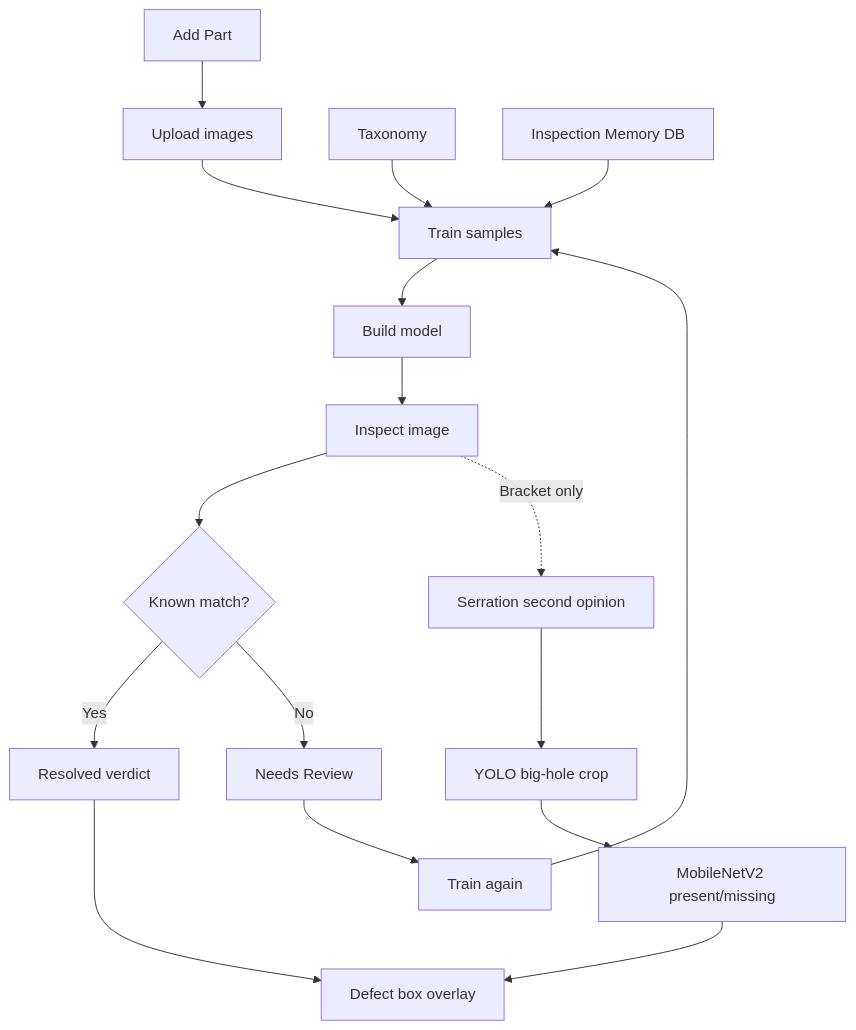
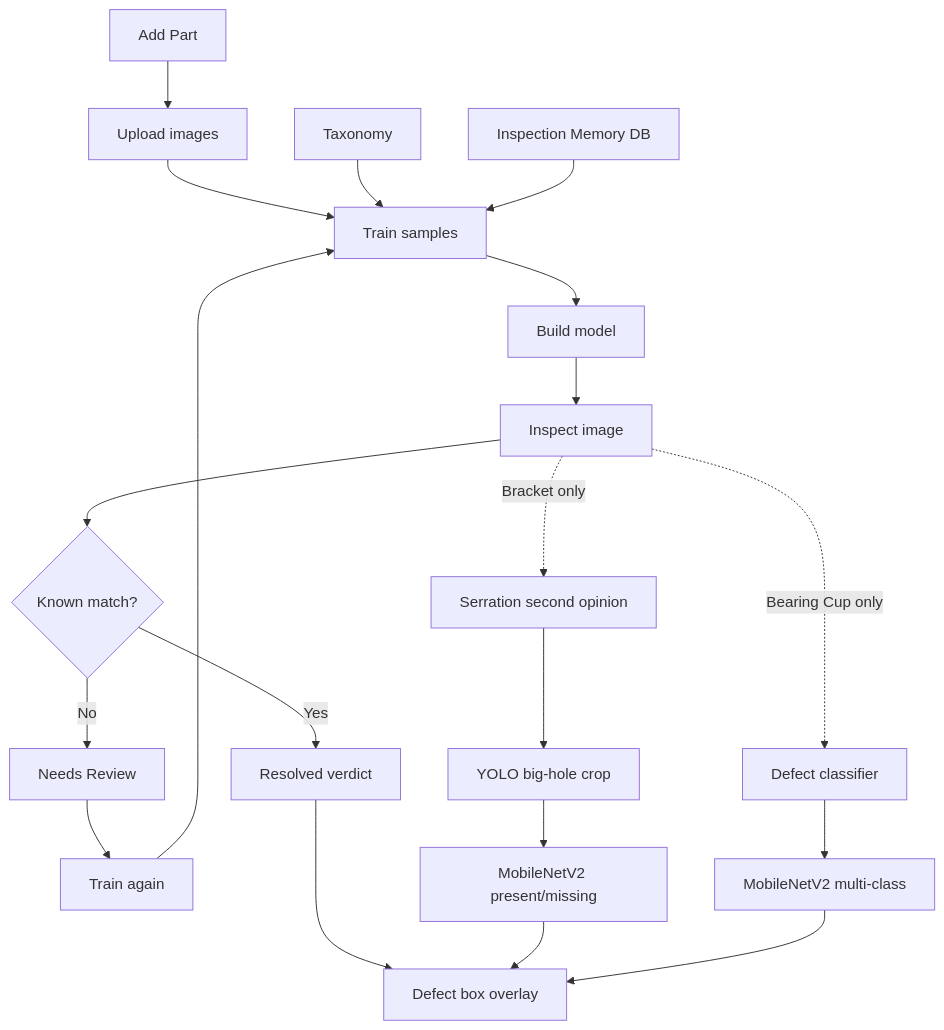
Before and after one commit to sdindiver/QMSInspector: the diagram in README.md, drawn with Mermaid. The commit also changed other lines of this file, not shown here.

````diff
--- a/README.md
+++ b/README.md
@@ -26,24 +26,28 @@
 ```mermaid
 flowchart TD
     A[Add Part] --> B[Upload images]
     B --> C[Train samples]
 
     K[Taxonomy] --> C
     M[Inspection Memory DB] --> C
 
     C --> D[Build model]
     D --> E[Inspect image]
     E --> F{Known match?}
 
     F -- Yes --> G[Resolved verdict]
     G --> G2[Defect box overlay]
 
     F -- No --> H[Needs Review]
     H --> I[Train again]
     I --> C
 
     E -. Bracket only .-> S[Serration second opinion]
     S --> S1[YOLO big-hole crop]
     S1 --> S2[MobileNetV2 present/missing]
     S2 --> G2
+
+    E -. Bearing Cup only .-> BC[Defect classifier]
+    BC --> BC1[MobileNetV2 multi-class]
+    BC1 --> G2
 ```
````
